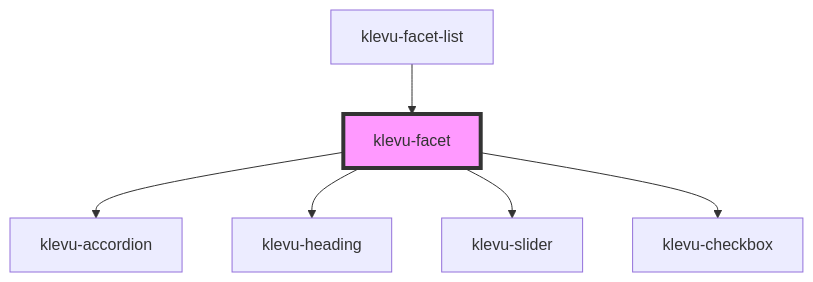
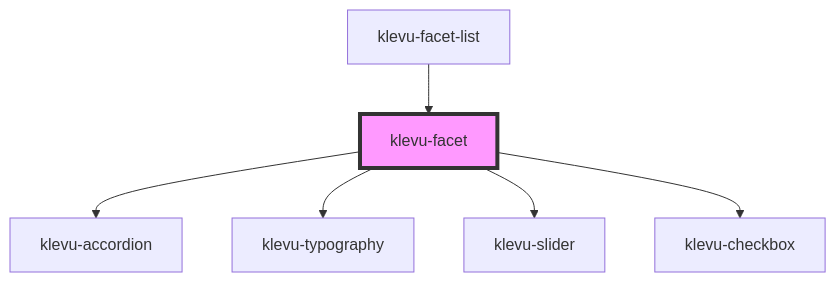
One commit to klevultd/frontend-sdk changed the diagram in packages/klevu-ui/src/components/klevu-facet/readme.md. Above: the diagram before and after it, drawn with Mermaid. The commit also changed other lines of this file and 39 other files, not shown here.

Commit message:
change heading to typography and create system

````diff
--- a/packages/klevu-ui/src/components/klevu-facet/readme.md
+++ b/packages/klevu-ui/src/components/klevu-facet/readme.md
@@ -37,9 +37,9 @@
 ```mermaid
 graph TD;
   klevu-facet --> klevu-accordion
-  klevu-facet --> klevu-heading
+  klevu-facet --> klevu-typography
   klevu-facet --> klevu-slider
   klevu-facet --> klevu-checkbox
   klevu-facet-list --> klevu-facet
   style klevu-facet fill:#f9f,stroke:#333,stroke-width:4px
 ```
````
